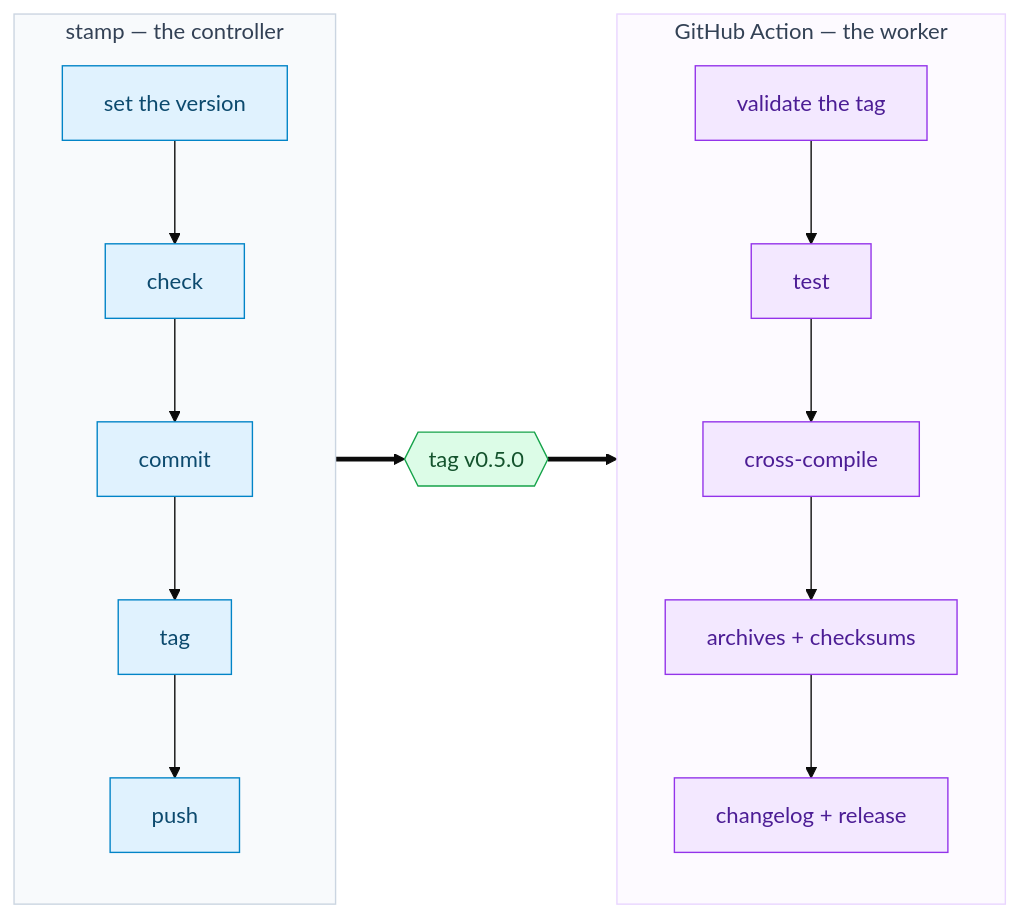
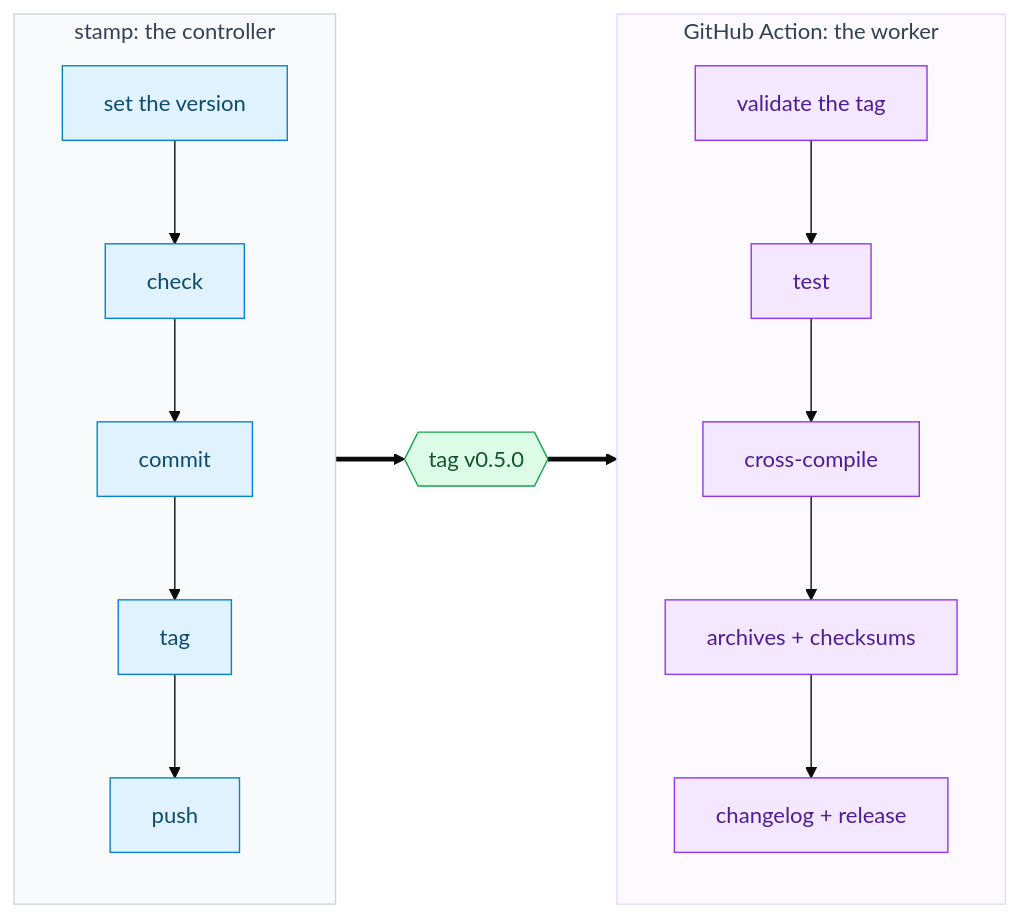
Before and after one commit to p-arndt/stamp: the second of 2 diagrams in README.md, drawn with Mermaid (base theme). The commit also changed other lines of this file and 28 other files, not shown here.

````diff
--- a/README.md
+++ b/README.md
@@ -278,25 +434,25 @@
 ```mermaid
 flowchart LR
-    subgraph LOCAL["stamp — the controller"]
+    subgraph LOCAL["stamp: the controller"]
         direction TB
         V["set the version"] --> C["check"] --> K["commit"] --> T["tag"] --> P["push"]
     end
 
     HANDOFF{{"tag v0.5.0"}}
 
-    subgraph REMOTE["GitHub Action — the worker"]
+    subgraph REMOTE["GitHub Action: the worker"]
         direction TB
         VER["validate the tag"] --> TEST["test"] --> X["cross-compile"] --> A["archives + checksums"] --> REL["changelog + release"]
     end
 
     P ==> HANDOFF ==> VER
 
     classDef local fill:#e0f2fe,stroke:#0284c7,color:#0c4a6e
     classDef remote fill:#f3e8ff,stroke:#9333ea,color:#4c1d95
     classDef hand fill:#dcfce7,stroke:#16a34a,color:#14532d
     class V,C,K,T,P local
     class VER,TEST,X,A,REL remote
     class HANDOFF hand
     style LOCAL fill:#f8fafc,stroke:#cbd5e1,color:#334155
     style REMOTE fill:#fdfaff,stroke:#e9d5ff,color:#334155
 ```
````
